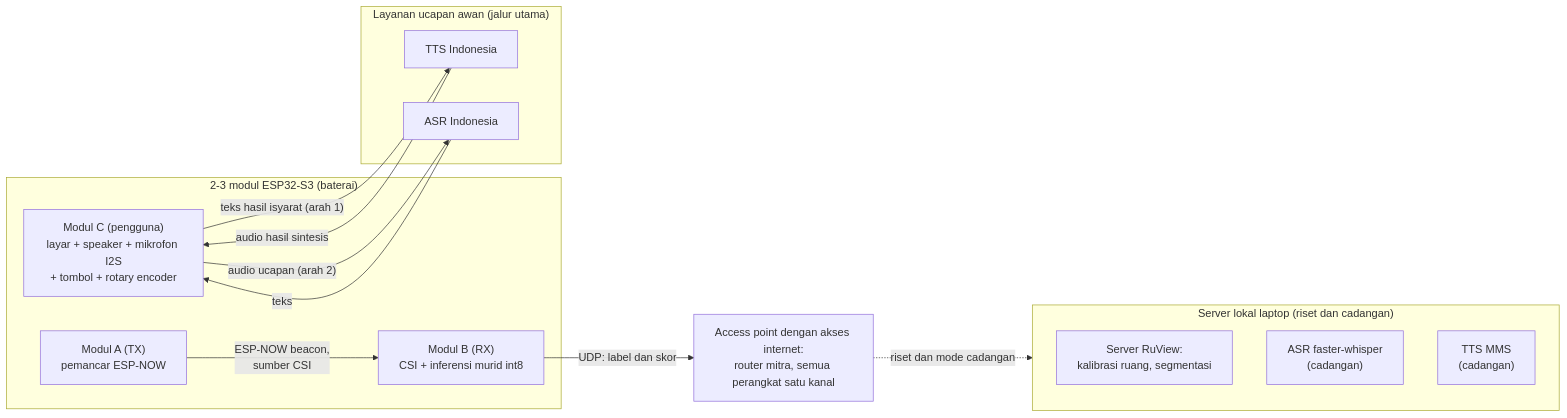
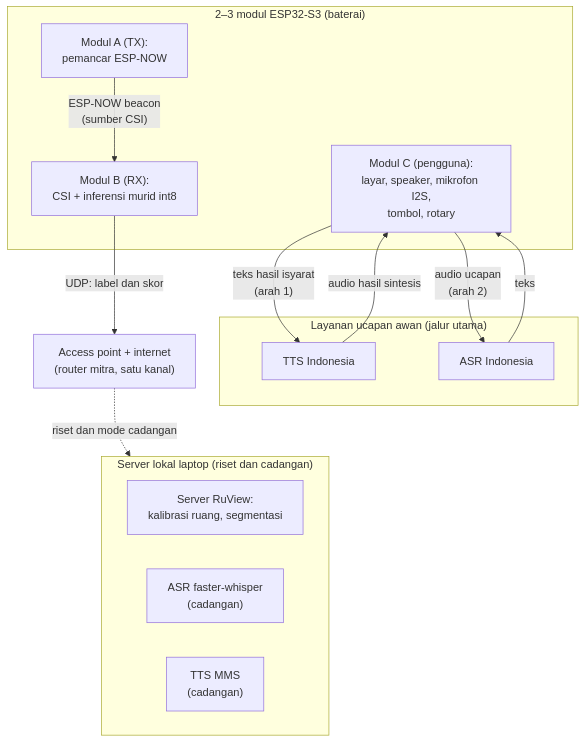
The sixth of 8 diagrams in download/translator-sibi-draft/bab3-metodologi.md (ILoveTahuTek/skripsi), drawn with Mermaid before and after one commit. The commit also changed other lines of this file and 50 other files, not shown here.

Commit message:
Redesain seluruh diagram BAB III (Task 24): 6 -> 8 figur, huruf cetak 3,2-6,4pt -> 9,2-11,8pt, integritas sumber terverifikasi; DOCX 68 hlm + laporan audit

````diff
--- a/download/translator-sibi-draft/bab3-metodologi.md
+++ b/download/translator-sibi-draft/bab3-metodologi.md
@@ -215,29 +266,26 @@
 ```mermaid
-flowchart LR
-    subgraph MODS["2-3 modul ESP32-S3 (baterai)"]
-        MA["Modul A (TX)<br/>pemancar ESP-NOW"]
-        MB["Modul B (RX)<br/>CSI + inferensi murid int8"]
-        MC["Modul C (pengguna)<br/>layar + speaker + mikrofon I2S<br/>+ tombol + rotary encoder"]
+flowchart TB
+    subgraph MODS["2–3 modul ESP32-S3 (baterai)"]
+        MA["Modul A (TX):<br/>pemancar ESP-NOW"]
+        MB["Modul B (RX):<br/>CSI + inferensi murid int8"]
+        MC["Modul C (pengguna):<br/>layar, speaker, mikrofon I2S,<br/>tombol, rotary"]
     end
-
-    AP["Access point dengan akses internet:<br/>router mitra, semua perangkat satu kanal"]
-
+    AP["Access point + internet<br/>(router mitra, satu kanal)"]
     subgraph AWAN["Layanan ucapan awan (jalur utama)"]
         TTSA["TTS Indonesia"]
         STTA["ASR Indonesia"]
     end
-
     subgraph SERVER["Server lokal laptop (riset dan cadangan)"]
         RUVR["Server RuView:<br/>kalibrasi ruang, segmentasi"]
         ASRL["ASR faster-whisper<br/>(cadangan)"]
         TTSL["TTS MMS<br/>(cadangan)"]
     end
-
-    MA -- "ESP-NOW beacon,<br/>sumber CSI" --> MB
+    MA -- "ESP-NOW beacon<br/>(sumber CSI)" --> MB
     MB -- "UDP: label dan skor" --> AP
-    MC -- "teks hasil isyarat (arah 1)" --> TTSA
+    MC -- "teks hasil isyarat<br/>(arah 1)" --> TTSA
     TTSA -- "audio hasil sintesis" --> MC
-    MC -- "audio ucapan (arah 2)" --> STTA
+    MC -- "audio ucapan<br/>(arah 2)" --> STTA
     STTA -- "teks" --> MC
     AP -. "riset dan mode cadangan" .-> SERVER
+    AWAN ~~~ SERVER
 ```
````
